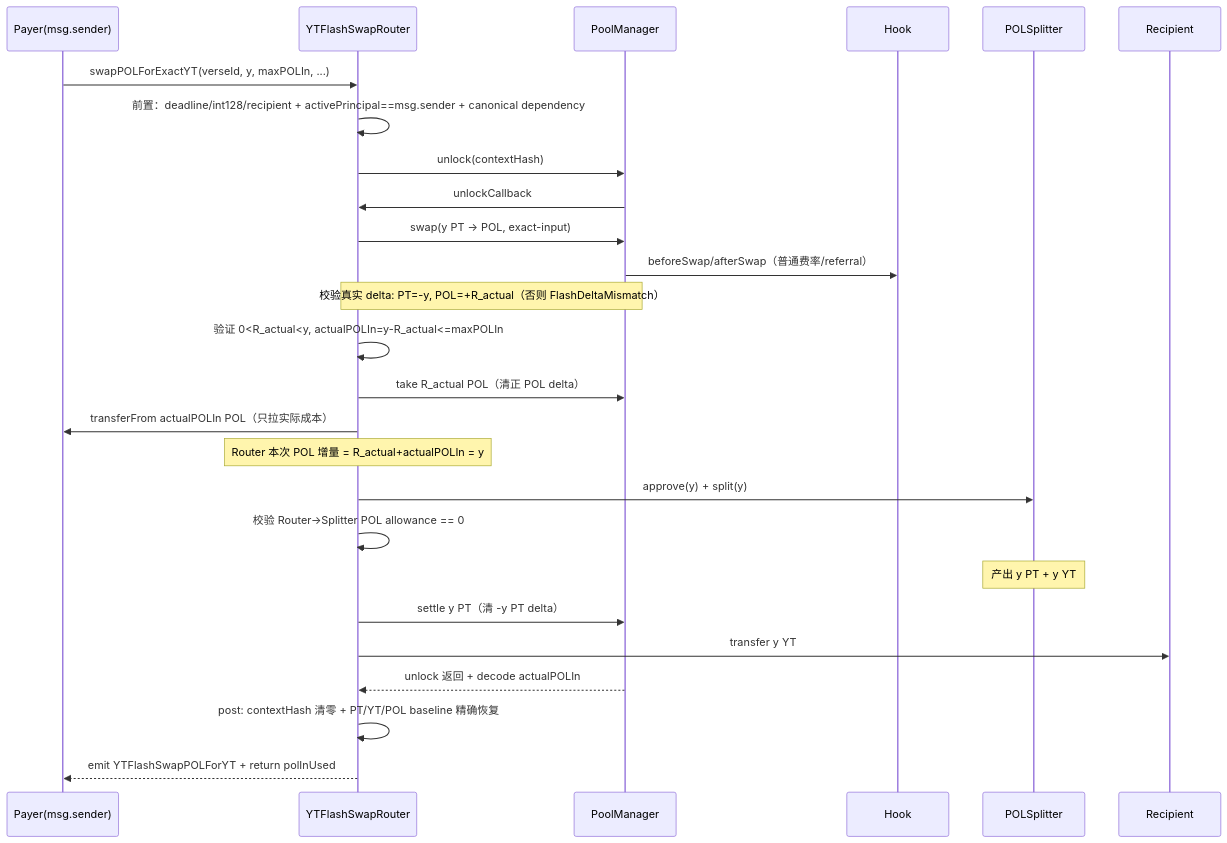
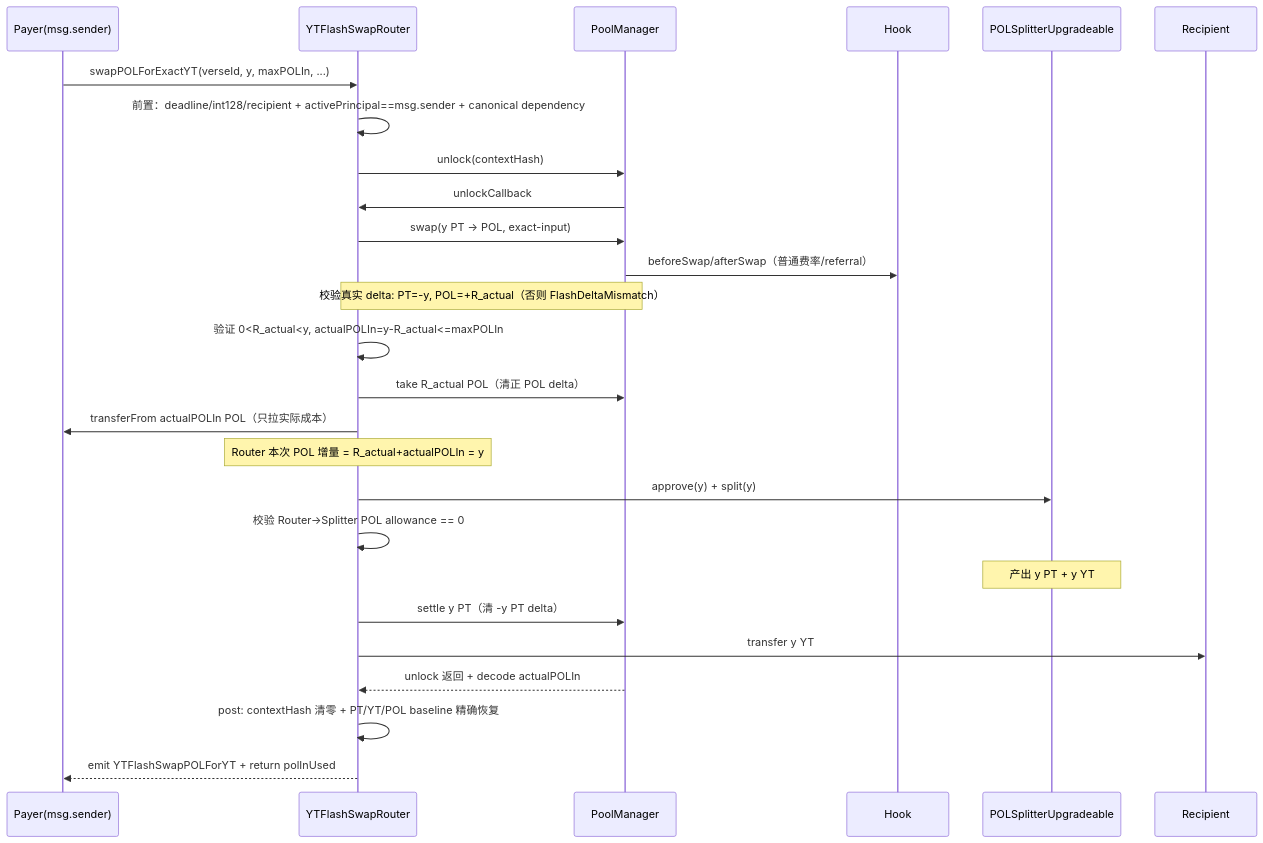
One commit to OutrunBuild/Memeverse changed the tenth of 11 diagrams in docs/spec/swap/swap-flow.md. Above: the diagram before and after it, drawn with Mermaid. The commit also changed other lines of this file and 146 other files, not shown here.

````diff
--- a/docs/spec/swap/swap-flow.md
+++ b/docs/spec/swap/swap-flow.md
@@ -268,29 +268,29 @@
 ```mermaid
 sequenceDiagram
     participant U as Payer(msg.sender)
     participant R as YTFlashSwapRouter
     participant PM as PoolManager
     participant H as Hook
-    participant S as POLSplitter
+    participant S as POLSplitterUpgradeable
     participant RC as Recipient
 
     U->>R: swapPOLForExactYT(verseId, y, maxPOLIn, ...)
     R->>R: 前置：deadline/int128/recipient + activePrincipal==msg.sender + canonical dependency
     R->>PM: unlock(contextHash)
     PM->>R: unlockCallback
     R->>PM: swap(y PT -> POL, exact-input)
     PM->>H: beforeSwap/afterSwap（普通费率/referral）
     Note over R,PM: 校验真实 delta: PT=-y, POL=+R_actual（否则 FlashDeltaMismatch）
     R->>R: 验证 0<R_actual<y, actualPOLIn=y-R_actual<=maxPOLIn
     R->>PM: take R_actual POL（清正 POL delta）
     R->>U: transferFrom actualPOLIn POL（只拉实际成本）
     Note over R: Router 本次 POL 增量 = R_actual+actualPOLIn = y
     R->>S: approve(y) + split(y)
     R->>R: 校验 Router->Splitter POL allowance == 0
     Note over S: 产出 y PT + y YT
     R->>PM: settle y PT（清 -y PT delta）
     R->>RC: transfer y YT
     PM-->>R: unlock 返回 + decode actualPOLIn
     R->>R: post: contextHash 清零 + PT/YT/POL baseline 精确恢复
     R-->>U: emit YTFlashSwapPOLForYT + return polInUsed
 ```
````
